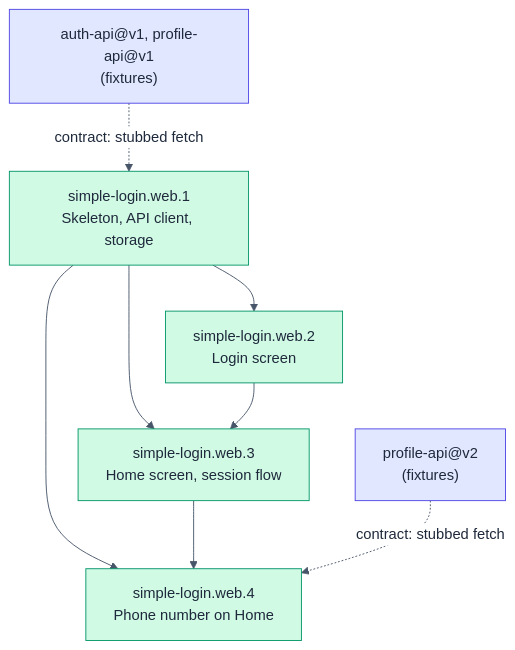
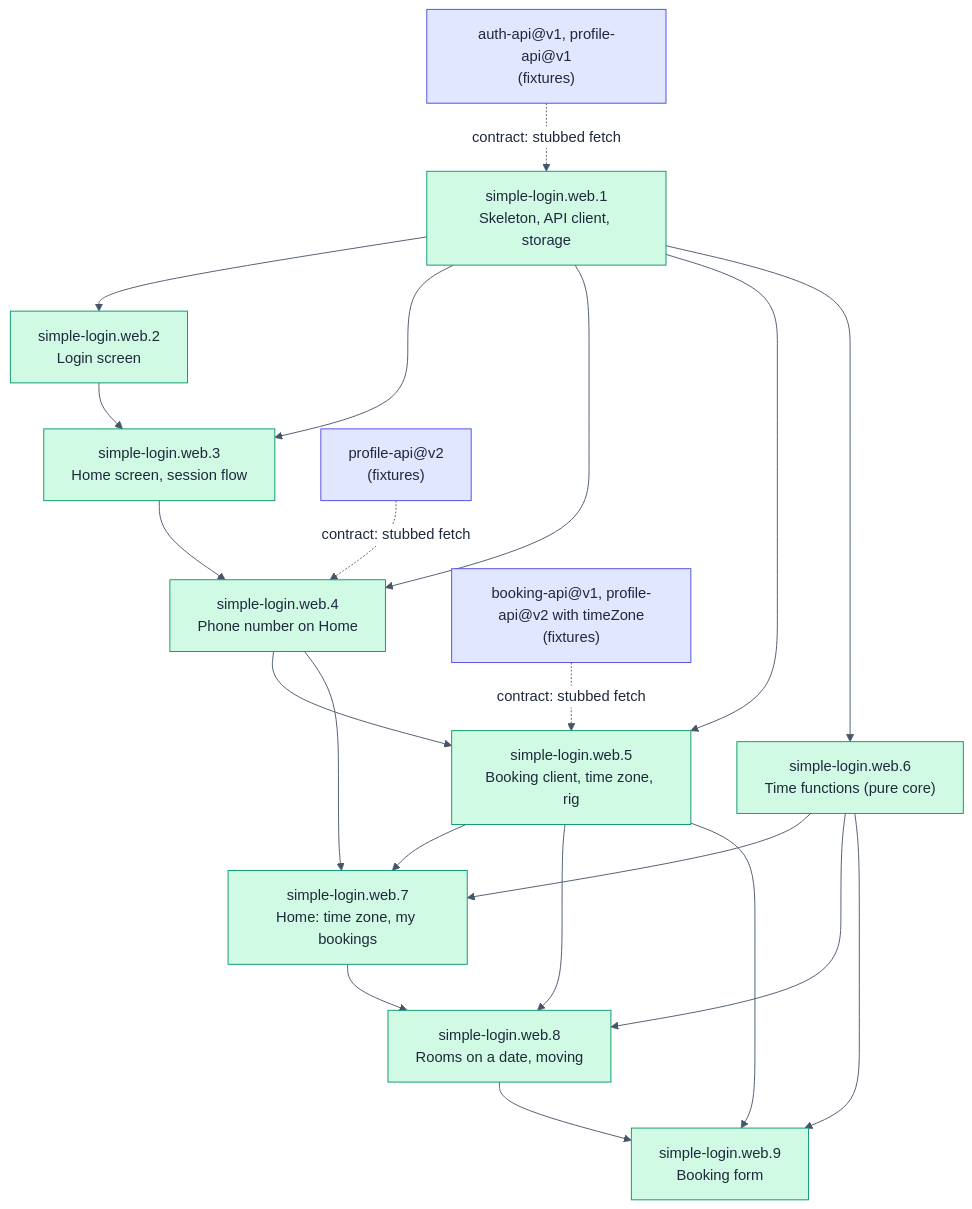
One commit to mpurbo/hsdd changed the diagram in docs/tutorial/meeting-rooms/execute/hsdd/spec/simple-login.web.md. Above: the diagram before and after it, drawn with Mermaid. The commit also changed other lines of this file and 3 other files, not shown here.

Commit message:
hsdd: S18 phase-plan-append simple-login.web: Appended simple-login.web.5 to simple-login.web.9 (decisions DEC-158 to

````diff
--- a/docs/tutorial/meeting-rooms/execute/hsdd/spec/simple-login.web.md
+++ b/docs/tutorial/meeting-rooms/execute/hsdd/spec/simple-login.web.md
@@ -145,25 +302,50 @@
 ```mermaid
 %%{init:{'theme':'base','themeVariables':{'primaryTextColor':'#1e293b','lineColor':'#475569','edgeLabelBackground':'#ffffff','tertiaryTextColor':'#1e293b'}}}%%
 flowchart TD
     W1["simple-login.web.1<br/>Skeleton, API client, storage"]
     W2["simple-login.web.2<br/>Login screen"]
     W3["simple-login.web.3<br/>Home screen, session flow"]
     C["auth-api@v1, profile-api@v1<br/>(fixtures)"]
     W4["simple-login.web.4<br/>Phone number on Home"]
     C2["profile-api@v2<br/>(fixtures)"]
+    W5["simple-login.web.5<br/>Booking client, time zone, rig"]
+    W6["simple-login.web.6<br/>Time functions (pure core)"]
+    W7["simple-login.web.7<br/>Home: time zone, my bookings"]
+    W8["simple-login.web.8<br/>Rooms on a date, moving"]
+    W9["simple-login.web.9<br/>Booking form"]
+    C3["booking-api@v1, profile-api@v2 with timeZone<br/>(fixtures)"]
 
     W1 --> W2
     W1 --> W3
     W2 --> W3
     C -. "contract: stubbed fetch" .-> W1
     W1 --> W4
     W3 --> W4
     C2 -. "contract: stubbed fetch" .-> W4
+    W1 --> W5
+    W4 --> W5
+    W1 --> W6
+    W4 --> W7
+    W5 --> W7
+    W6 --> W7
+    W5 --> W8
+    W6 --> W8
+    W7 --> W8
+    W5 --> W9
+    W6 --> W9
+    W8 --> W9
+    C3 -. "contract: stubbed fetch" .-> W5
 
     style W1 fill:#d1fae5,stroke:#059669,color:#1e293b
     style W2 fill:#d1fae5,stroke:#059669,color:#1e293b
     style W3 fill:#d1fae5,stroke:#059669,color:#1e293b
     style C fill:#e0e7ff,stroke:#4f46e5,color:#1e293b
     style W4 fill:#d1fae5,stroke:#059669,color:#1e293b
     style C2 fill:#e0e7ff,stroke:#4f46e5,color:#1e293b
+    style W5 fill:#d1fae5,stroke:#059669,color:#1e293b
+    style W6 fill:#d1fae5,stroke:#059669,color:#1e293b
+    style W7 fill:#d1fae5,stroke:#059669,color:#1e293b
+    style W8 fill:#d1fae5,stroke:#059669,color:#1e293b
+    style W9 fill:#d1fae5,stroke:#059669,color:#1e293b
+    style C3 fill:#e0e7ff,stroke:#4f46e5,color:#1e293b
 ```
````
